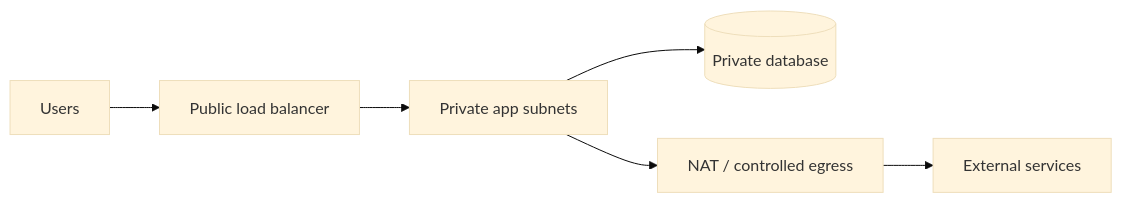
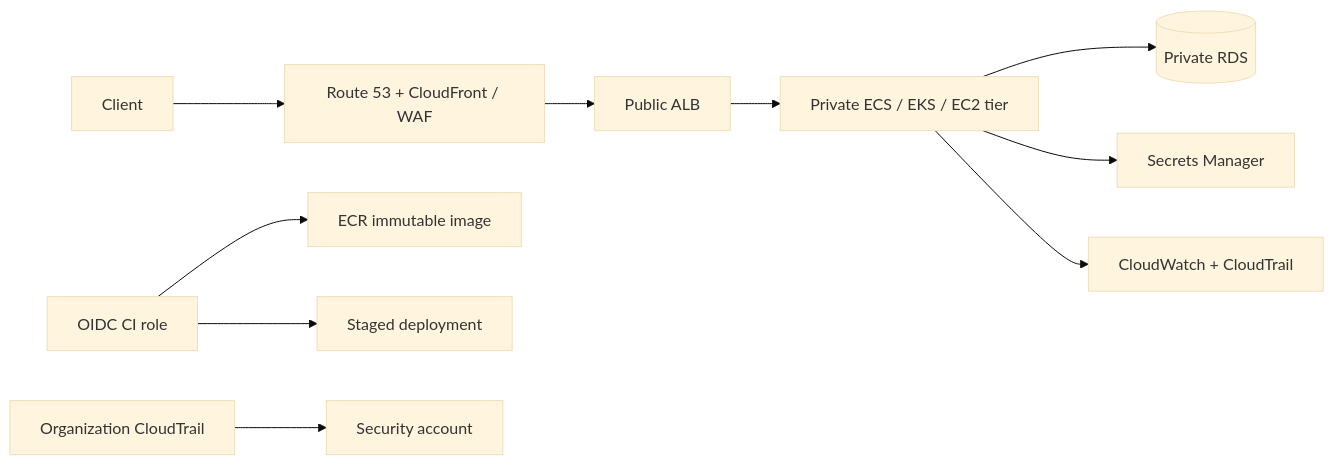
Before and after one commit to Shasi19/DevSecOps: the diagram in notes/aws/README.md, drawn with Mermaid (base theme). The commit also changed other lines of this file and 78 other files, not shown here.

````diff
--- a/notes/aws/README.md
+++ b/notes/aws/README.md
@@ -42,8 +16,12 @@
 ```mermaid
 flowchart LR
-  U[Users] --> ALB[Public load balancer]
-  ALB --> APP[Private app subnets]
-  APP --> DB[(Private database)]
-  APP --> NAT[NAT / controlled egress]
-  NAT --> EXT[External services]
+  User[Client] --> Edge[Route 53 + CloudFront / WAF]
+  Edge --> ALB[Public ALB]
+  ALB --> App[Private ECS / EKS / EC2 tier]
+  App --> DB[(Private RDS)]
+  App --> Secrets[Secrets Manager]
+  App --> Obs[CloudWatch + CloudTrail]
+  CI[OIDC CI role] --> ECR[ECR immutable image]
+  CI --> Deploy[Staged deployment]
+  Audit[Organization CloudTrail] --> Sec[Security account]
 ```
````
